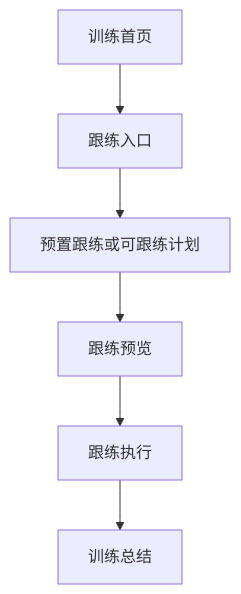
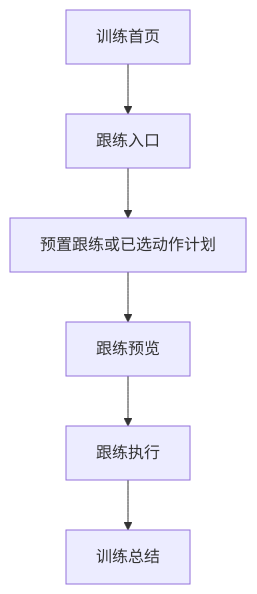
The fourth of 5 diagrams in docs/planning/ux-design.md (liujyks-creator/jianshen), drawn with Mermaid before and after one commit. The commit also changed other lines of this file and 7 other files, not shown here.

````diff
--- a/docs/planning/ux-design.md
+++ b/docs/planning/ux-design.md
@@ -132,8 +142,8 @@
 ```mermaid
 flowchart TD
     Home["训练首页"] --> Follow["跟练入口"]
-    Follow --> Select["预置跟练或可跟练计划"]
+    Follow --> Select["预置跟练或已选动作计划"]
     Select --> Preview["跟练预览"]
     Preview --> Session["跟练执行"]
     Session --> Summary["训练总结"]
 ```
````
